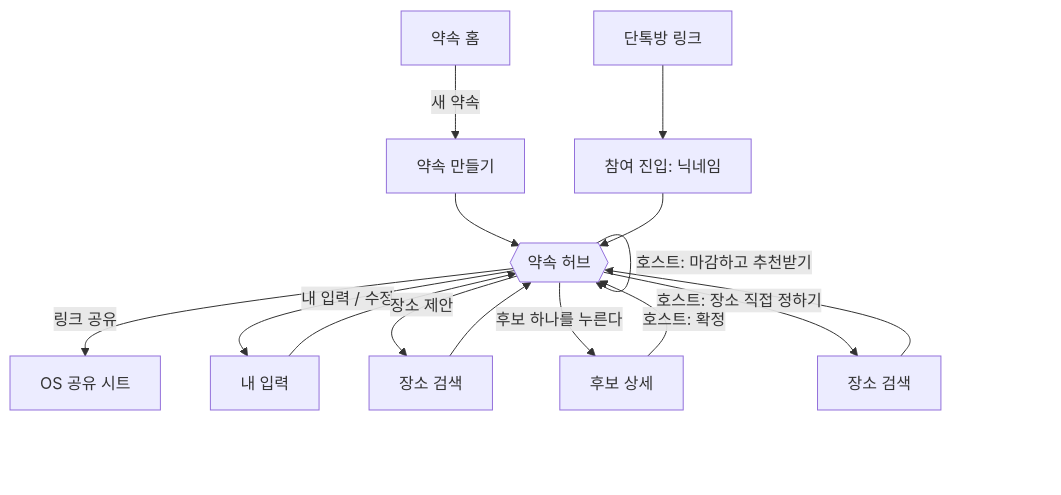
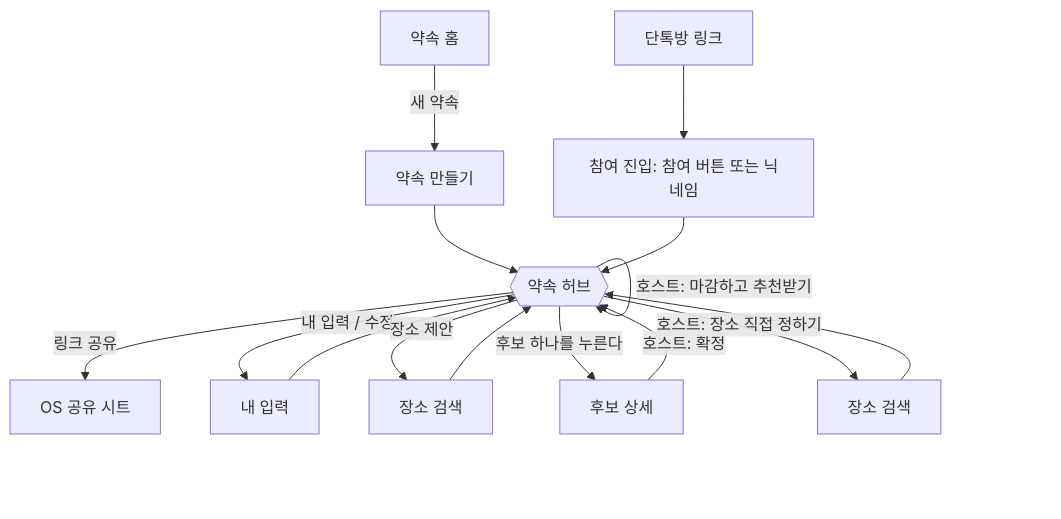
One commit to Imgaic/moa-app changed the second of 2 diagrams in docs/user-flow.md. Above: the diagram before and after it, drawn with Mermaid. The commit also changed other lines of this file, not shown here.

````diff
--- a/docs/user-flow.md
+++ b/docs/user-flow.md
@@ -65,20 +83,20 @@
 ```mermaid
 flowchart TD
   home[약속 홈] -->|새 약속| create[약속 만들기]
   create --> hub
 
-  link[단톡방 링크] --> join[참여 진입: 닉네임]
+  link[단톡방 링크] --> join[참여 진입: 참여 버튼 또는 닉네임]
   join --> hub
 
   hub{{약속 허브}}
   hub -->|링크 공유| share[OS 공유 시트]
   hub -->|내 입력 / 수정| input[내 입력]
   input --> hub
   hub -->|장소 제안| propose[장소 검색]
   propose --> hub
   hub -->|호스트: 마감하고 추천받기| hub
   hub -->|후보 하나를 누른다| cand[후보 상세]
   cand -->|호스트: 확정| hub
   hub -->|호스트: 장소 직접 정하기| pick[장소 검색]
   pick --> hub
 ```
````
